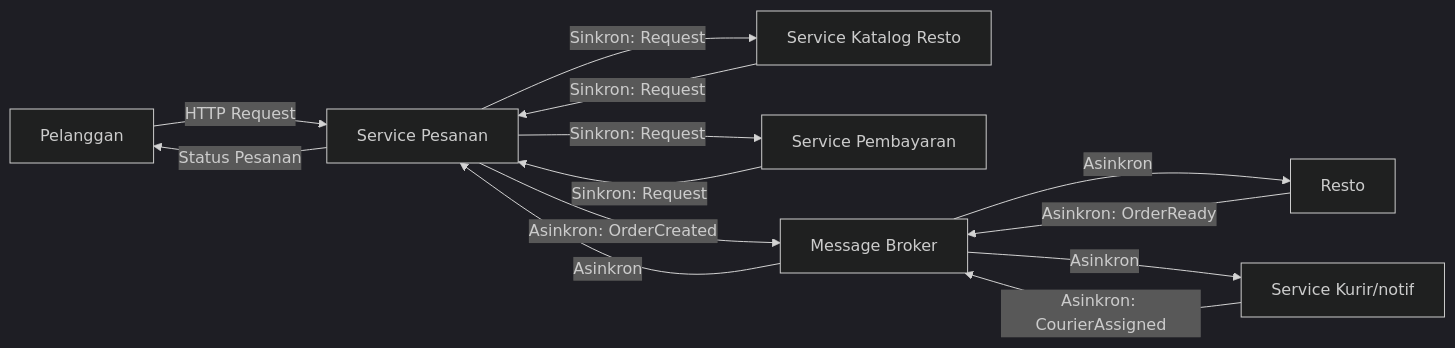
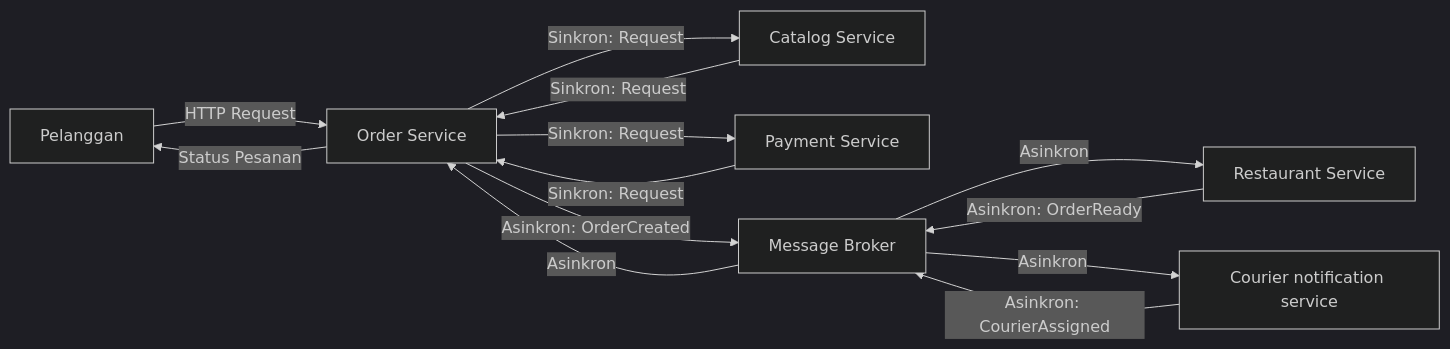
One commit to sabrinadiaa/komputasi-awan-dan-terdistribusi changed the diagram in tugas-02-perancangan-arsitektur/README.md. Above: the diagram before and after it, drawn with Mermaid (dark theme). The commit also changed other lines of this file, not shown here.

First line of the commit message:
Refine architecture documentation and service descriptions

````diff
--- a/tugas-02-perancangan-arsitektur/README.md
+++ b/tugas-02-perancangan-arsitektur/README.md
@@ -16,29 +16,29 @@
    ```mermaid
    graph LR
       C[Pelanggan]
-      O[Service Pesanan]
-      K[Service Katalog Resto]
-      P[Service Pembayaran]
+      O[Order Service]
+      K[Catalog Service]
+      P[Payment Service]
       B[Message Broker]
-      R[Resto]
-      Q[Service Kurir/notif]
+      R[Restaurant Service]
+      Q[Courier notification service]
 
       C -->|HTTP Request| O
 
       O -->|Sinkron: Request| K
       K -->|Sinkron: Request| O
 
       O -->|Sinkron: Request| P
       P -->|Sinkron: Request| O
 
       O -->|Asinkron: OrderCreated| B
       B -->|Asinkron| R
 
       R -->|Asinkron: OrderReady| B
       B -->|Asinkron| Q
 
       Q -->|Asinkron: CourierAssigned| B
       B -->|Asinkron| O
 
       O -->|Status Pesanan|C
    ```
````
